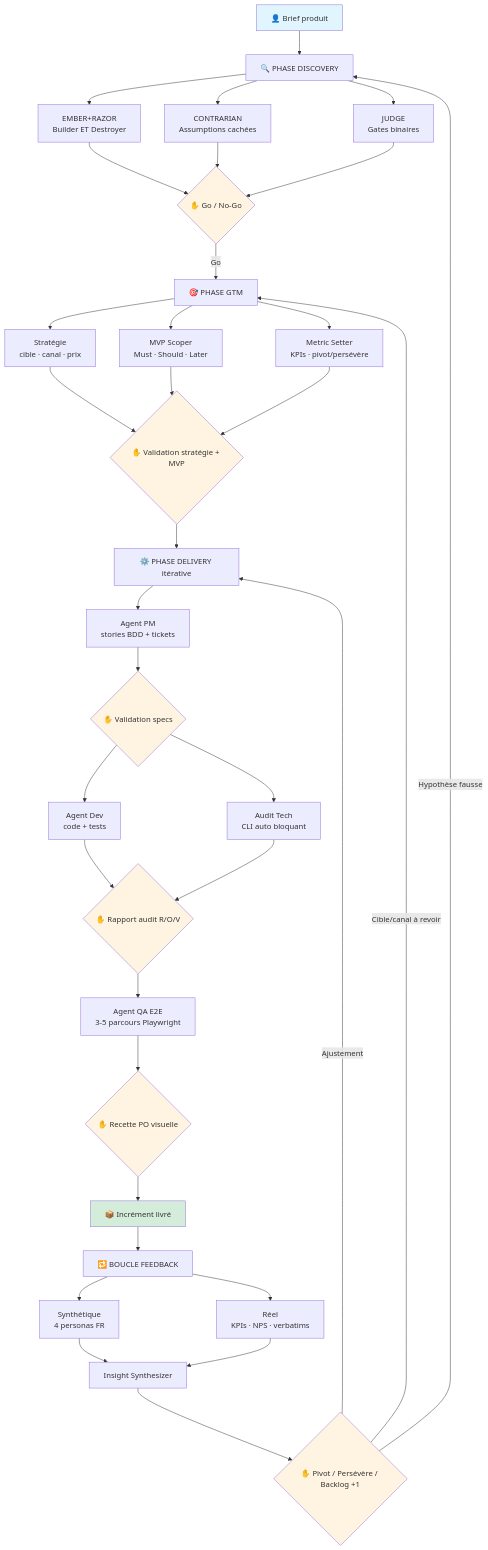
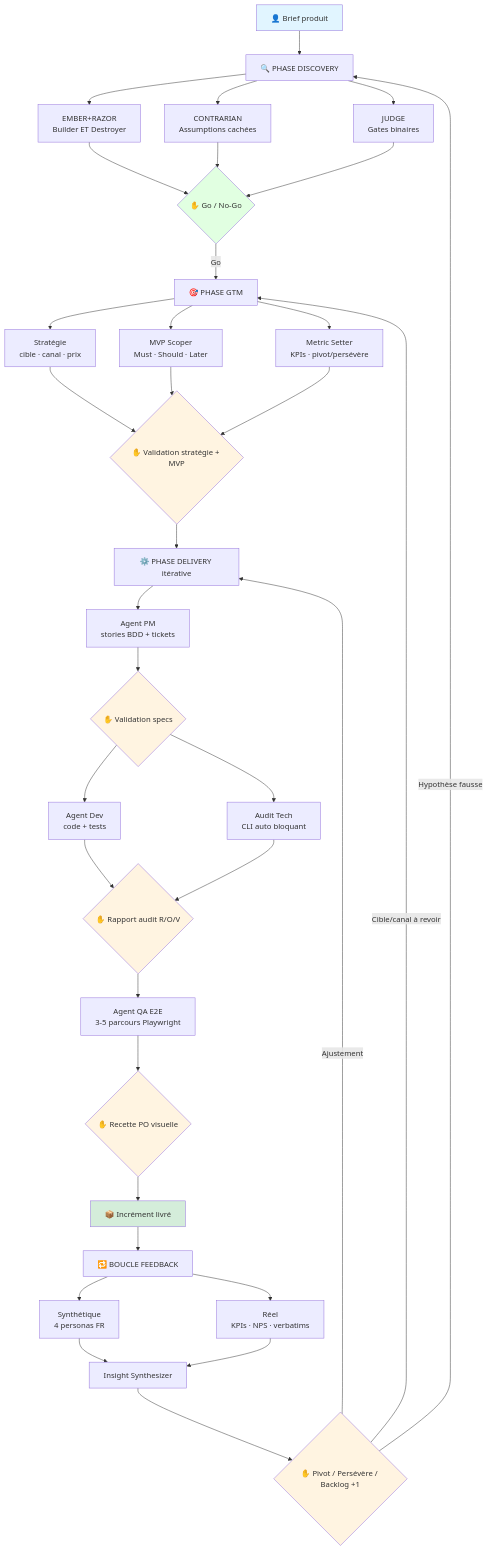
One commit to VincentG32/solo-builder-ai changed the first of 5 diagrams in README.md. Above: the diagram before and after it, drawn with Mermaid. The commit also changed other lines of this file and 8 other files, not shown here.

Commit message:
Policies alignées (code client via Anthropic sauf restriction, SENTINEL opt-in, Livrable off en perso, jamais de mise en prod automatique), règle des branches, Audit Tech couche 2 (Fable 5.2), docs/ARCHITECTURE.md, tirets cadratins retirés

````diff
--- a/README.md
+++ b/README.md
@@ -30,45 +30,45 @@
 ```mermaid
 flowchart TD
     A[👤 Brief produit] --> B[🔍 PHASE DISCOVERY]
     B --> B1[EMBER+RAZOR<br/>Builder ET Destroyer]
     B --> B2[CONTRARIAN<br/>Assumptions cachées]
     B --> B3[JUDGE<br/>Gates binaires]
     B1 --> C{✋ Go / No-Go}
     B2 --> C
     B3 --> C
     C -->|Go| D[🎯 PHASE GTM]
     D --> D1[Stratégie<br/>cible · canal · prix]
     D --> D2[MVP Scoper<br/>Must · Should · Later]
     D --> D3[Metric Setter<br/>KPIs · pivot/persévère]
     D1 --> E{✋ Validation stratégie + MVP}
     D2 --> E
     D3 --> E
     E --> F[⚙️ PHASE DELIVERY itérative]
     F --> F1[Agent PM<br/>stories BDD + tickets]
     F1 --> F2{✋ Validation specs}
     F2 --> F3[Agent Dev<br/>code + tests]
     F2 --> F4[Audit Tech<br/>CLI auto bloquant]
     F3 --> F5{✋ Rapport audit R/O/V}
     F4 --> F5
     F5 --> F6[Agent QA E2E<br/>3-5 parcours Playwright]
     F6 --> F7{✋ Recette PO visuelle}
     F7 --> G[📦 Incrément livré]
     G --> H[🔁 BOUCLE FEEDBACK]
     H --> H1[Synthétique<br/>4 personas FR]
     H --> H2[Réel<br/>KPIs · NPS · verbatims]
     H1 --> I[Insight Synthesizer]
     H2 --> I
     I --> J{✋ Pivot / Persévère / Backlog +1}
     J -->|Ajustement| F
     J -->|Cible/canal à revoir| D
     J -->|Hypothèse fausse| B
 
     style A fill:#e1f5ff
-    style C fill:#fff4e1
+    style C fill:#e1ffe1
     style E fill:#fff4e1
     style F2 fill:#fff4e1
     style F5 fill:#fff4e1
     style F7 fill:#fff4e1
     style J fill:#fff4e1
     style G fill:#d4edda
 ```
````
